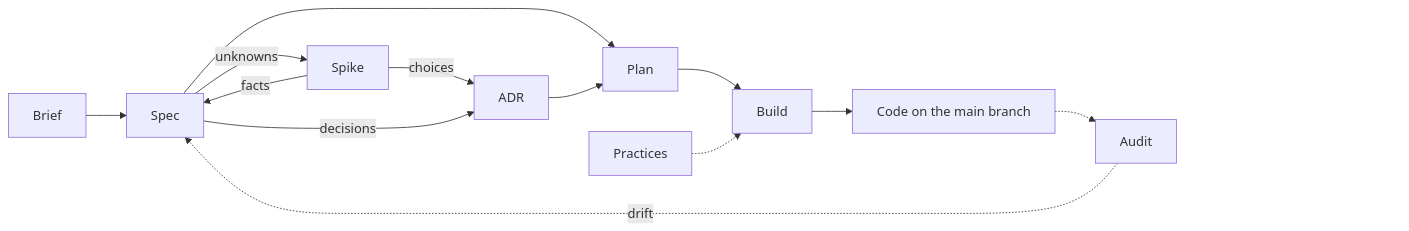
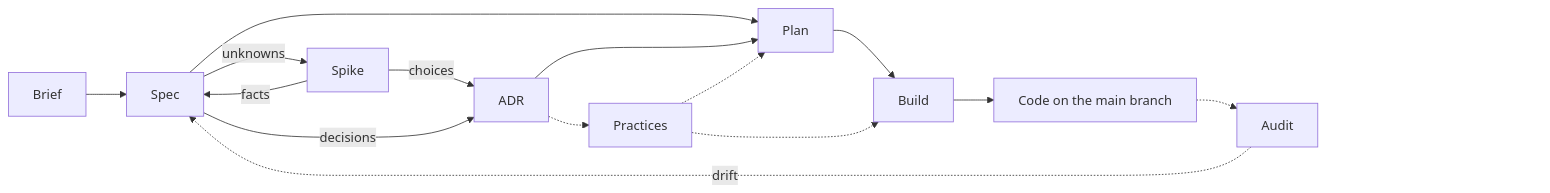
One commit to michaelmarconi/agentic-engineering changed the diagram in README.md. Above: the diagram before and after it, drawn with Mermaid. The commit also changed other lines of this file and 1 other file, not shown here.

First line of the commit message:
Show /practices beside the sequence, not as a step in it

````diff
--- a/README.md
+++ b/README.md
@@ -100,17 +100,19 @@
 ```mermaid
 flowchart LR
     Brief --> Spec
     Spec -->|unknowns| Spike
     Spike -->|facts| Spec
     Spike -->|choices| ADR
     Spec -->|decisions| ADR
     Spec --> Plan
     ADR --> Plan
     Plan --> Build
+    ADR -.-> Practices
+    Practices -.-> Plan
     Practices -.-> Build
     Build --> Code[Code on the main branch]
     Code -.-> Audit
     Audit -.->|drift| Spec
     Audit ~~~ Pad["#nbsp;#nbsp;#nbsp;#nbsp;#nbsp;#nbsp;#nbsp;#nbsp;#nbsp;#nbsp;#nbsp;#nbsp;#nbsp;#nbsp;#nbsp;#nbsp;#nbsp;#nbsp;#nbsp;#nbsp;#nbsp;#nbsp;#nbsp;#nbsp;#nbsp;#nbsp;#nbsp;#nbsp;#nbsp;#nbsp;#nbsp;#nbsp;#nbsp;#nbsp;#nbsp;#nbsp;#nbsp;#nbsp;#nbsp;#nbsp;"]
     style Pad fill:none,stroke:none
 ```
````
